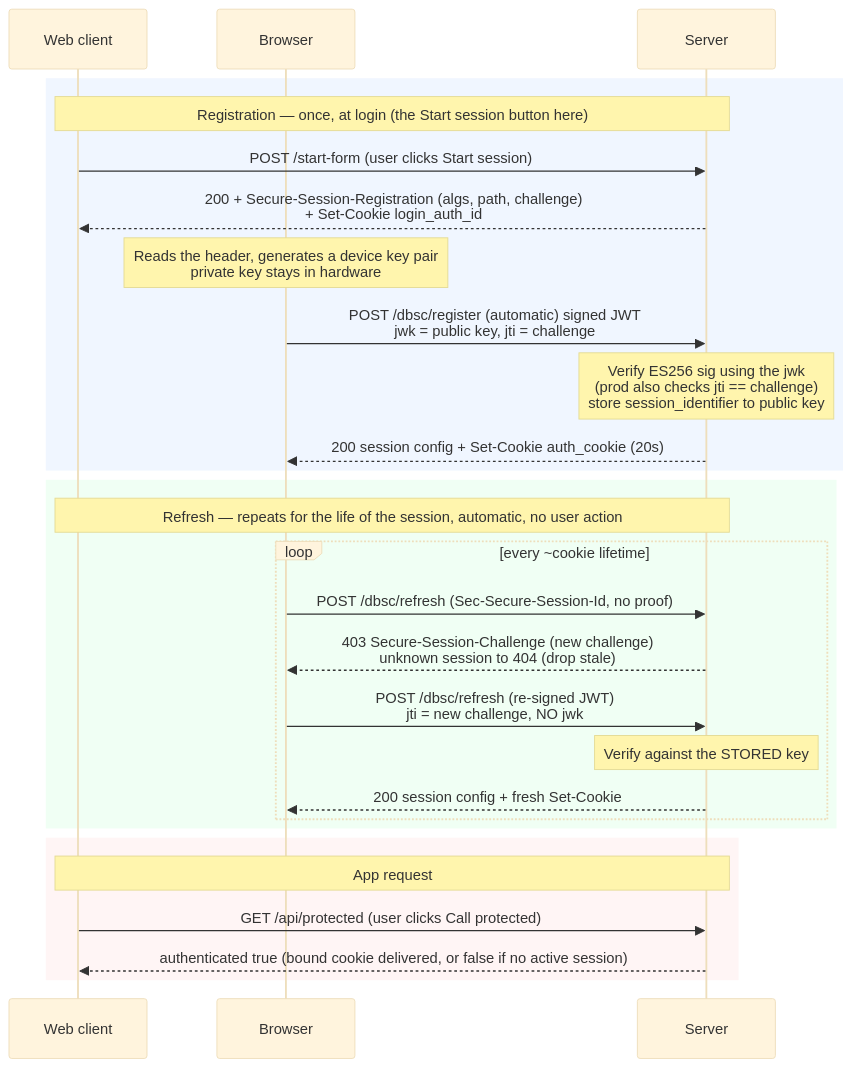
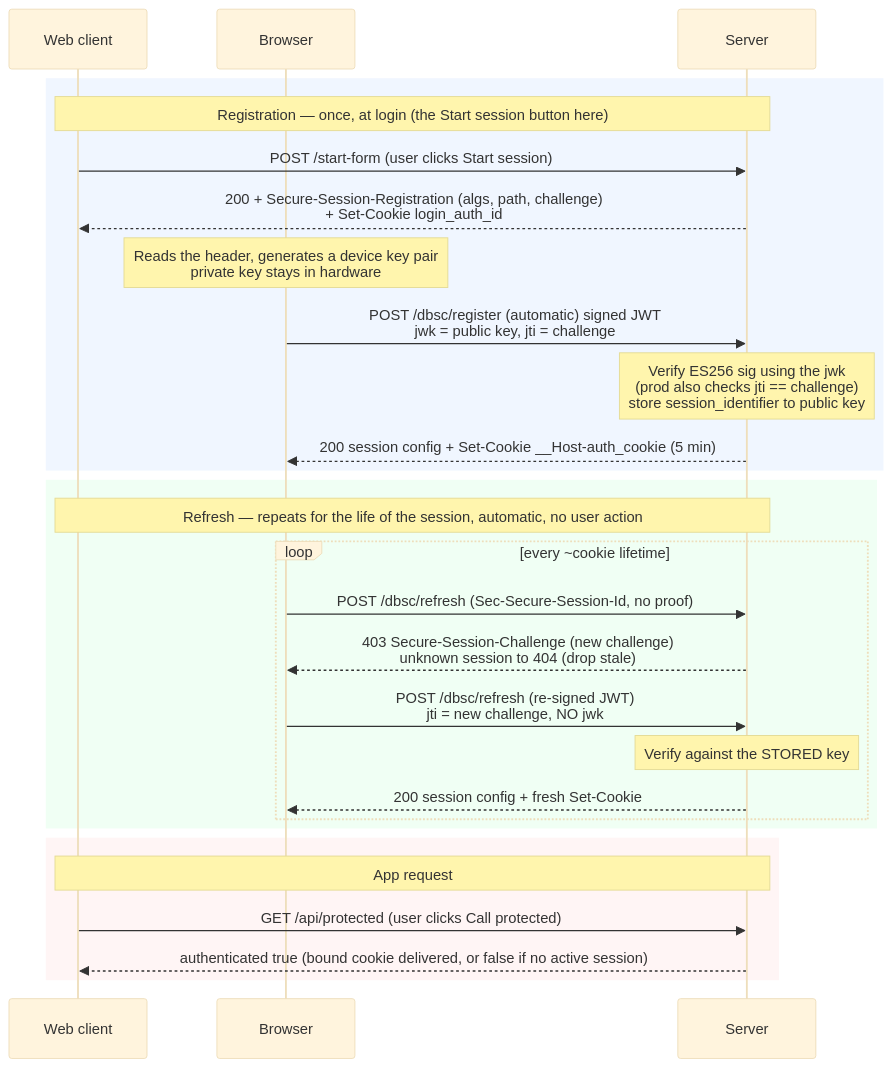
One commit to Alzayady/dbsc changed the diagram in README.md. Above: the diagram before and after it, drawn with Mermaid (base theme). The commit also changed other lines of this file and 1 other file, not shown here.

Commit message:
Default bound cookie to __Host-auth_cookie (production-correct, works on https localhost); sync README names + fix stale 20s->300 Max-Age; keep auth_cookie only for Chrome-docs refs

````diff
--- a/README.md
+++ b/README.md
@@ -69,33 +69,33 @@
 ```mermaid
 sequenceDiagram
     participant W as Web client
     participant B as Browser
     participant S as Server
 
     rect rgb(240, 246, 255)
     Note over W,S: Registration — once, at login (the Start session button here)
     W->>S: POST /start-form (user clicks Start session)
     S-->>W: 200 + Secure-Session-Registration (algs, path, challenge)<br/>+ Set-Cookie login_auth_id
     Note over B: Reads the header, generates a device key pair<br/>private key stays in hardware
     B->>S: POST /dbsc/register (automatic) signed JWT<br/>jwk = public key, jti = challenge
     Note over S: Verify ES256 sig using the jwk<br/>(prod also checks jti == challenge)<br/>store session_identifier to public key
-    S-->>B: 200 session config + Set-Cookie auth_cookie (20s)
+    S-->>B: 200 session config + Set-Cookie __Host-auth_cookie (5 min)
     end
 
     rect rgb(240, 255, 244)
     Note over W,S: Refresh — repeats for the life of the session, automatic, no user action
     loop every ~cookie lifetime
         B->>S: POST /dbsc/refresh (Sec-Secure-Session-Id, no proof)
         S-->>B: 403 Secure-Session-Challenge (new challenge)<br/>unknown session to 404 (drop stale)
         B->>S: POST /dbsc/refresh (re-signed JWT)<br/>jti = new challenge, NO jwk
         Note over S: Verify against the STORED key
         S-->>B: 200 session config + fresh Set-Cookie
     end
     end
 
     rect rgb(255, 245, 245)
     Note over W,S: App request
     W->>S: GET /api/protected (user clicks Call protected)
     S-->>W: authenticated true  (bound cookie delivered, or false if no active session)
     end
 ```
````
